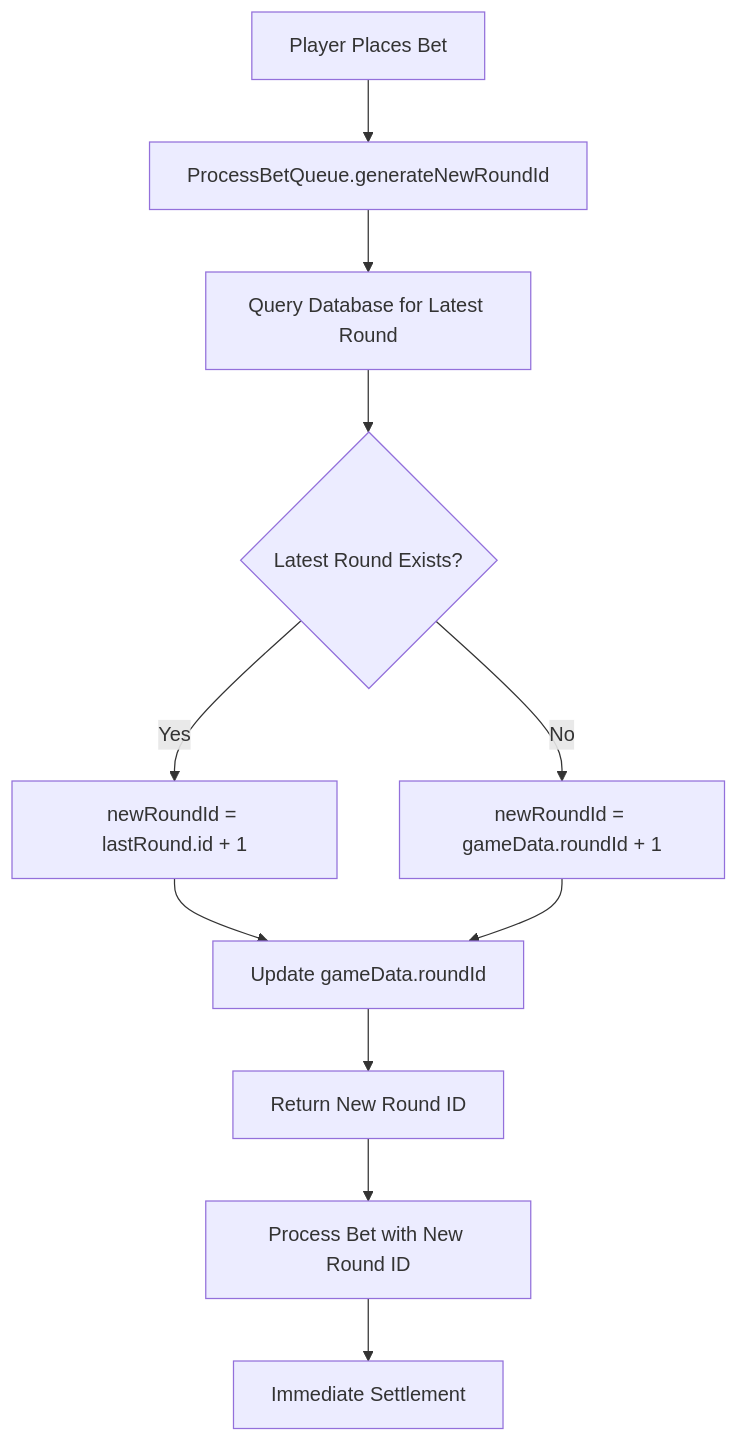
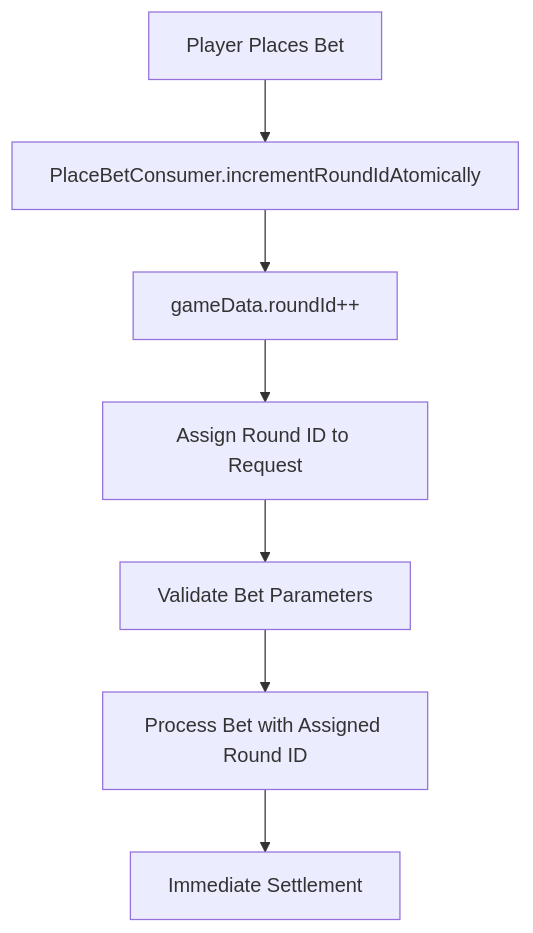
Before and after one commit to starixvn/l1_game-services_soccer-pingoal-service: the first of 2 diagrams in docs/round-implementation-guide.md, drawn with Mermaid. The commit also changed other lines of this file and 2 other files, not shown here.

Commit message:
refactor: streamline round ID management by atomically incrementing roundId in PlaceBetConsumer, removing database dependency

````diff
--- a/docs/round-implementation-guide.md
+++ b/docs/round-implementation-guide.md
@@ -71,13 +71,9 @@
 ```mermaid
 graph TD
-    A[Player Places Bet] --> B[ProcessBetQueue.generateNewRoundId]
-    B --> C[Query Database for Latest Round]
-    C --> D{Latest Round Exists?}
-    D -->|Yes| E[newRoundId = lastRound.id + 1]
-    D -->|No| F[newRoundId = gameData.roundId + 1]
-    E --> G[Update gameData.roundId]
-    F --> G
-    G --> H[Return New Round ID]
-    H --> I[Process Bet with New Round ID]
-    I --> J[Immediate Settlement]
+    A[Player Places Bet] --> B[PlaceBetConsumer.incrementRoundIdAtomically]
+    B --> C[gameData.roundId++]
+    C --> D[Assign Round ID to Request]
+    D --> E[Validate Bet Parameters]
+    E --> F[Process Bet with Assigned Round ID]
+    F --> G[Immediate Settlement]
 ```
````
